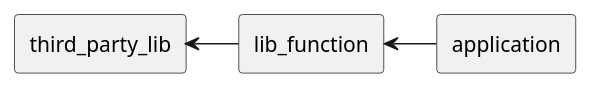
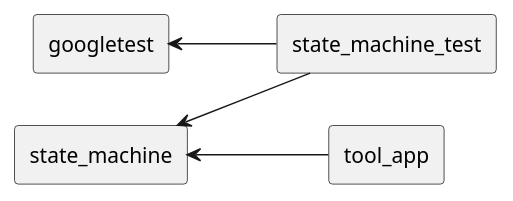
Before and after one commit to dkudlek/cmake_playground: the diagram in README.md, drawn with PlantUML. The commit also changed other lines of this file, not shown here.

````diff
--- a/README.md
+++ b/README.md
@@ -45,9 +13,12 @@
 ```puml
 @startuml
-rectangle third_party_lib
-rectangle lib_function
-rectangle application
-third_party_lib <- lib_function
-lib_function <- application
+left to right direction
+rectangle googletest
+rectangle state_machine
+rectangle tool_app
+rectangle state_machine_test
+googletest <-- state_machine_test
+state_machine <-- state_machine_test
+state_machine <-- tool_app
 @enduml
 ```
````
